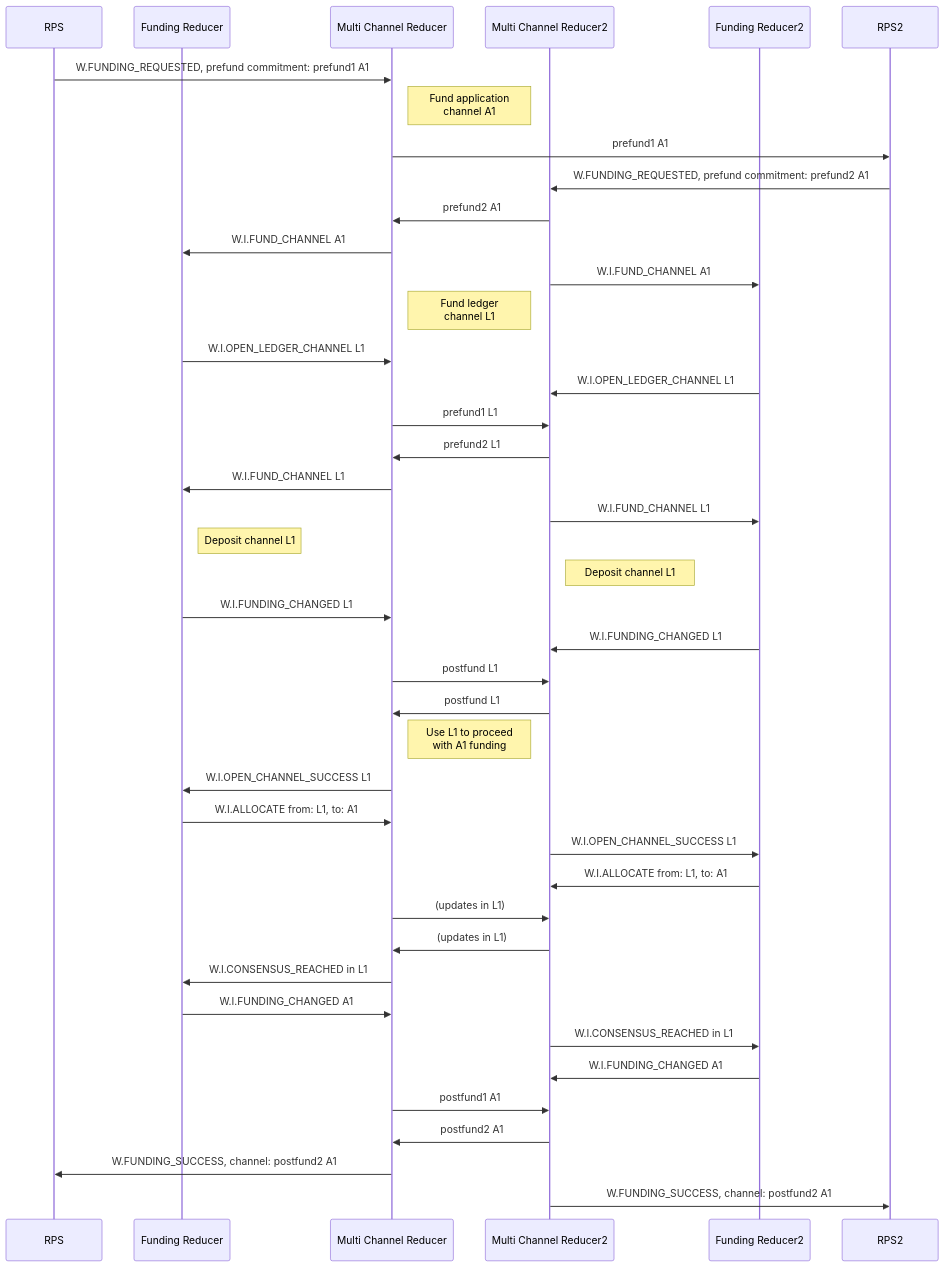
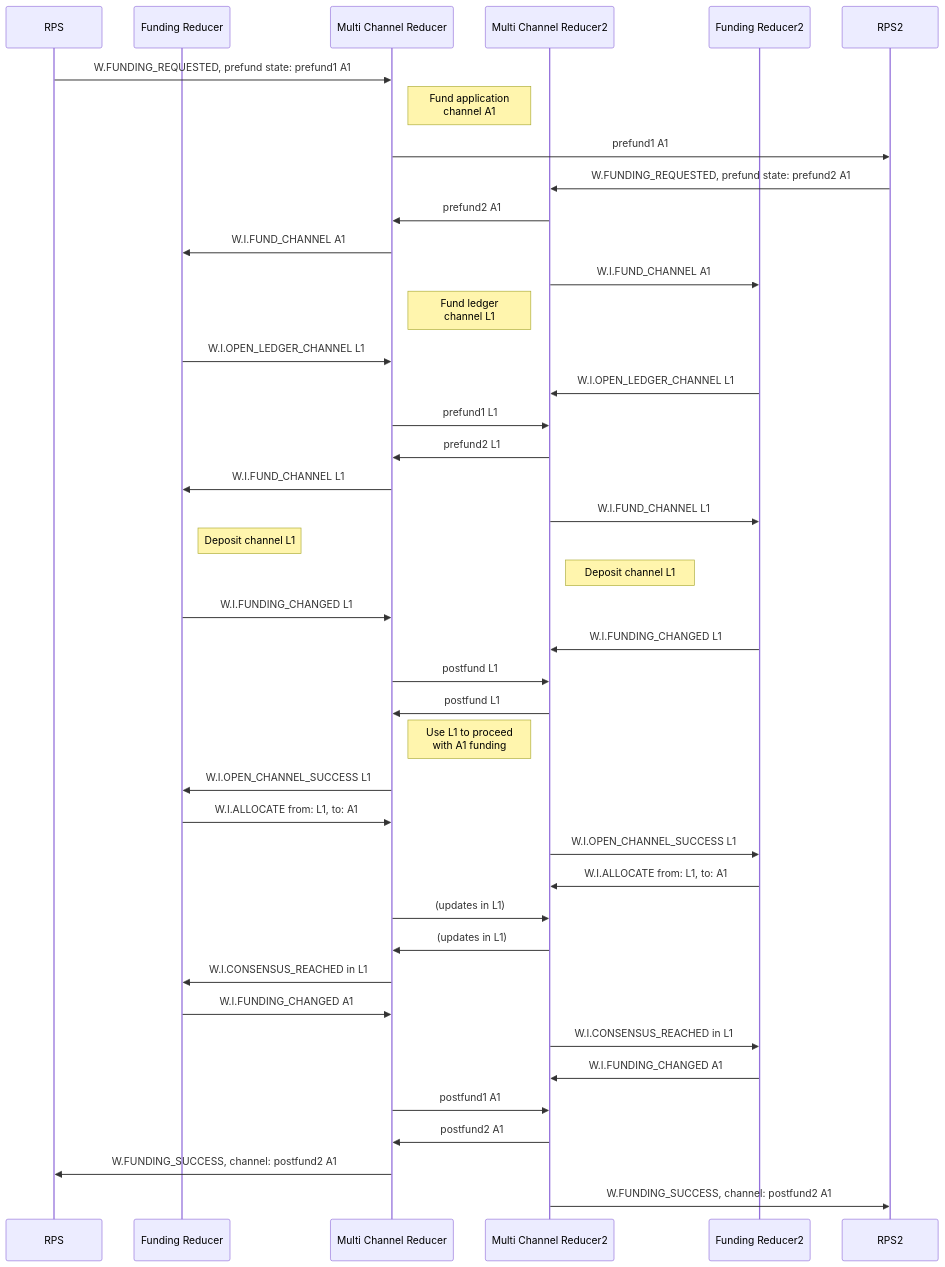
Before and after one commit to statechannels/statechannels: the diagram in packages/wallet/notes/channel-opening.md, drawn with Mermaid. The commit also changed 28 other files, not shown here.

````diff
--- a/packages/wallet/notes/channel-opening.md
+++ b/packages/wallet/notes/channel-opening.md
@@ -3,48 +3,48 @@
 ```mermaid
 sequenceDiagram
     participant R1 as RPS
     participant F1 as Funding Reducer
     participant C1 as Multi Channel Reducer
     participant C2 as Multi Channel Reducer2
     participant F2 as Funding Reducer2
     participant R2 as RPS2
 
-    R1->>C1: W.FUNDING_REQUESTED, prefund commitment: prefund1 A1
+    R1->>C1: W.FUNDING_REQUESTED, prefund state: prefund1 A1
 
     Note right of C1: Fund application <br> channel A1
     C1->>R2: prefund1 A1
-    R2->>C2: W.FUNDING_REQUESTED, prefund commitment: prefund2 A1
+    R2->>C2: W.FUNDING_REQUESTED, prefund state: prefund2 A1
     C2->>C1: prefund2 A1
     C1->>F1: W.I.FUND_CHANNEL A1
     C2->>F2: W.I.FUND_CHANNEL A1
 
     Note right of C1: Fund ledger <br> channel L1
     F1->>C1: W.I.OPEN_LEDGER_CHANNEL L1
     F2->>C2: W.I.OPEN_LEDGER_CHANNEL L1
     C1->>C2: prefund1 L1
     C2->>C1: prefund2 L1
     C1->>F1: W.I.FUND_CHANNEL L1
     C2->>F2: W.I.FUND_CHANNEL L1
     Note right of F1: Deposit channel L1
     Note right of C2: Deposit channel L1
     F1->>C1: W.I.FUNDING_CHANGED L1
     F2->>C2: W.I.FUNDING_CHANGED L1
     C1->>C2: postfund L1
     C2->>C1: postfund L1
 
     Note right of C1: Use L1 to proceed <br> with A1 funding
     C1->>F1: W.I.OPEN_CHANNEL_SUCCESS L1
     F1->>C1: W.I.ALLOCATE from: L1, to: A1
     C2->>F2: W.I.OPEN_CHANNEL_SUCCESS L1
     F2->>C2: W.I.ALLOCATE from: L1, to: A1
     C1->>C2: (updates in L1)
     C2->>C1: (updates in L1)
     C1->>F1: W.I.CONSENSUS_REACHED in L1
     F1->>C1: W.I.FUNDING_CHANGED A1
     C2->>F2: W.I.CONSENSUS_REACHED in L1
     F2->>C2: W.I.FUNDING_CHANGED A1
     C1->>C2: postfund1 A1
     C2->>C1: postfund2 A1
     C1->>R1: W.FUNDING_SUCCESS, channel: postfund2 A1
     C2->>R2: W.FUNDING_SUCCESS, channel: postfund2 A1
 ```
````
